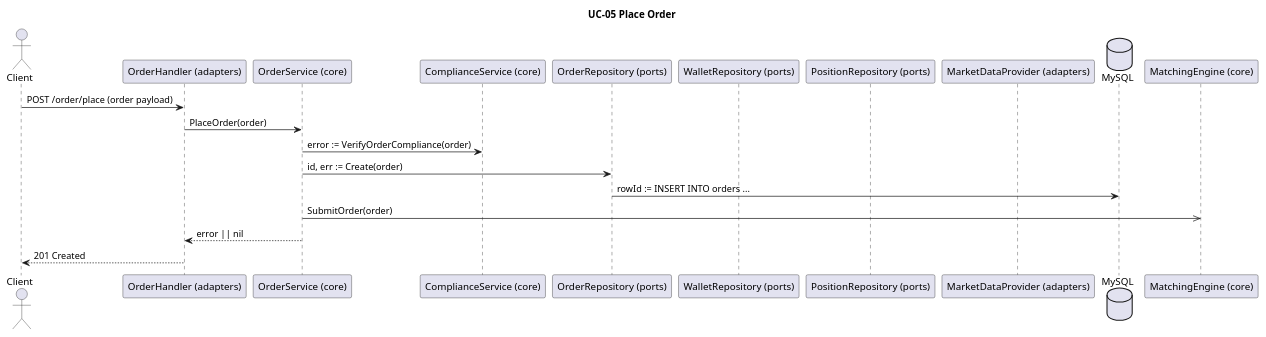
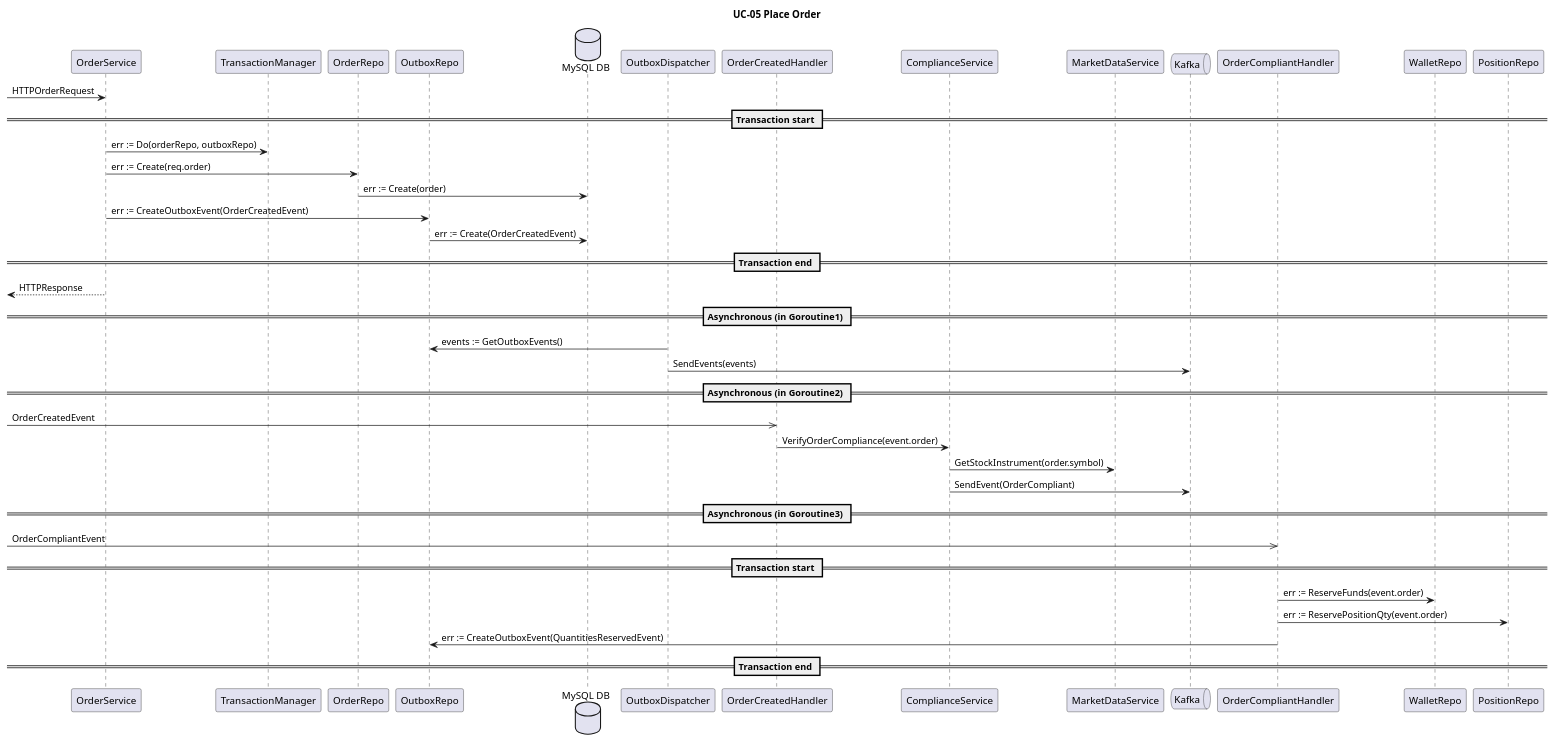
Before and after one commit to cjayneb/log430-project: the diagram in docs/use_cases/uc05_sequence.puml, drawn with PlantUML. The commit also changed 47 other files, not shown here.

```diff
--- a/docs/use_cases/uc05_sequence.puml
+++ b/docs/use_cases/uc05_sequence.puml
@@ -1,25 +1,49 @@
 @startuml
 title UC-05 Place Order
 
-actor Client
+participant "OrderService" as os
+participant "TransactionManager" as tm
+participant "OrderRepo" as or
+participant "OutboxRepo" as obr
+database "MySQL DB" as mysql
 
-participant "OrderHandler (adapters)" as Handler
-participant "OrderService (core)" as Service
-participant "ComplianceService (core)" as compliance
-participant "OrderRepository (ports)" as Repo
-participant "WalletRepository (ports)" as wallet
-participant "PositionRepository (ports)" as position
-participant "MarketDataProvider (adapters)" as mdp
-database "MySQL" as DB
-participant "MatchingEngine (core)" as MatchEngine
+participant "OutboxDispatcher" as obd
 
-Client -> Handler : POST /order/place (order payload)
-Handler -> Service : PlaceOrder(order)
-Service -> compliance : error := VerifyOrderCompliance(order)
-Service -> Repo : id, err := Create(order)
-Repo -> DB : rowId := INSERT INTO orders ...
-Service ->> MatchEngine : SubmitOrder(order)
-Service --> Handler : error || nil
-Handler --> Client : 201 Created
+participant "OrderCreatedHandler" as handler
+participant "ComplianceService" as cs
+participant "MarketDataService" as mds
 
+queue "Kafka" as kafka
+
+participant "OrderCompliantHandler" as handler2
+participant "WalletRepo" as wr
+participant "PositionRepo" as pr
+
+-> os : HTTPOrderRequest
+== Transaction start ==
+os -> tm : err := Do(orderRepo, outboxRepo)
+os -> or : err := Create(req.order)
+or -> mysql : err := Create(order)
+os -> obr : err := CreateOutboxEvent(OrderCreatedEvent)
+obr -> mysql : err := Create(OrderCreatedEvent)
+== Transaction end ==
+<-- os : HTTPResponse
+
+== Asynchronous (in Goroutine1) ==
+obd -> obr : events := GetOutboxEvents()
+obd -> kafka : SendEvents(events)
+
+== Asynchronous (in Goroutine2) ==
+->> handler : OrderCreatedEvent
+handler -> cs : VerifyOrderCompliance(event.order)
+cs -> mds : GetStockInstrument(order.symbol)
+cs -> kafka : SendEvent(OrderCompliant)
+
+== Asynchronous (in Goroutine3) ==
+->> handler2 : OrderCompliantEvent
+== Transaction start ==
+handler2 -> wr : err := ReserveFunds(event.order)
+handler2 -> pr : err := ReservePositionQty(event.order)
+handler2 -> obr : err := CreateOutboxEvent(QuantitiesReservedEvent)
+== Transaction end ==
 @enduml
```
